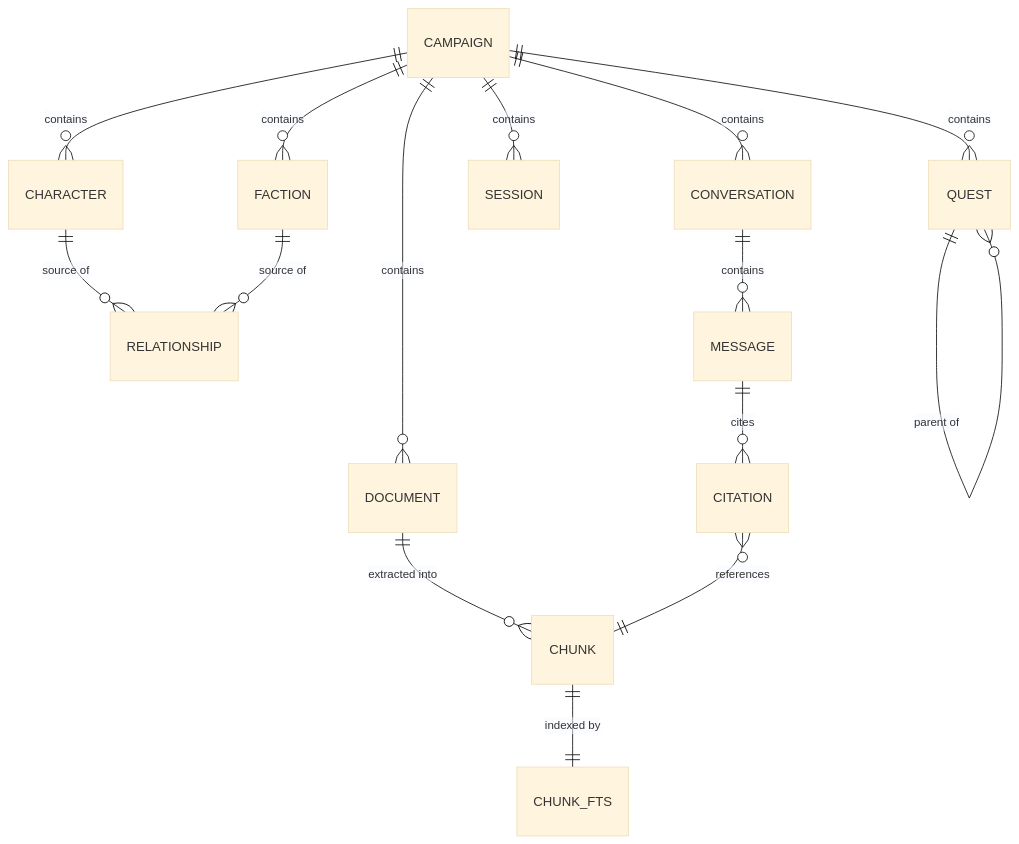
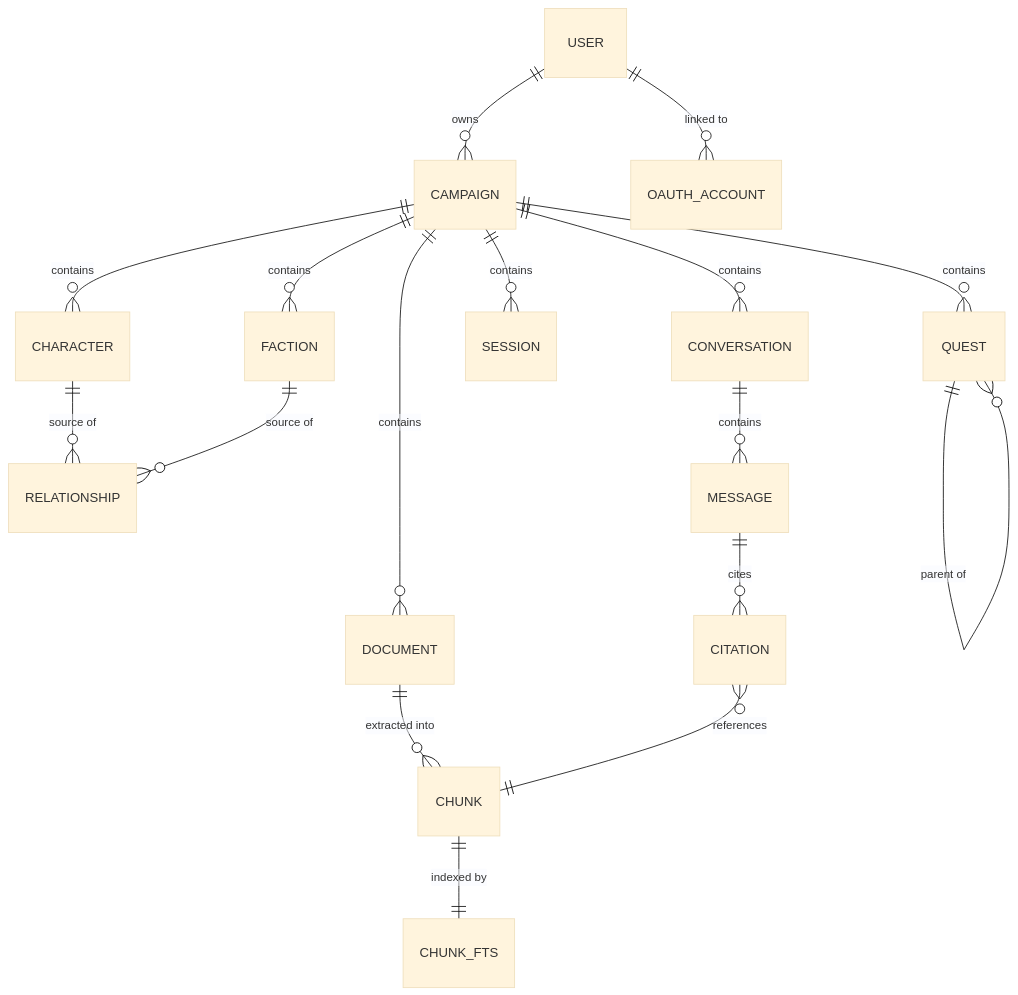
The diagram in docs/data-model.md (PiotrMieszczak/dm_assistant), drawn with Mermaid (base theme) before and after one commit. The commit also changed other lines of this file and 7 other files, not shown here.

````diff
--- a/docs/data-model.md
+++ b/docs/data-model.md
@@ -8,20 +8,23 @@
 ```mermaid
 erDiagram
+    USER ||--o{ CAMPAIGN : owns
+    USER ||--o{ OAUTH_ACCOUNT : "linked to"
+
     CAMPAIGN ||--o{ DOCUMENT : contains
     CAMPAIGN ||--o{ CHARACTER : contains
     CAMPAIGN ||--o{ FACTION : contains
     CAMPAIGN ||--o{ QUEST : contains
     CAMPAIGN ||--o{ SESSION : contains
     CAMPAIGN ||--o{ CONVERSATION : contains
 
     DOCUMENT ||--o{ CHUNK : "extracted into"
     CHUNK ||--|| CHUNK_FTS : "indexed by"
 
     CHARACTER ||--o{ RELATIONSHIP : "source of"
     FACTION   ||--o{ RELATIONSHIP : "source of"
 
     QUEST ||--o{ QUEST : "parent of"
     CONVERSATION ||--o{ MESSAGE : contains
     MESSAGE ||--o{ CITATION : cites
     CITATION }o--|| CHUNK : references
 ```
````
